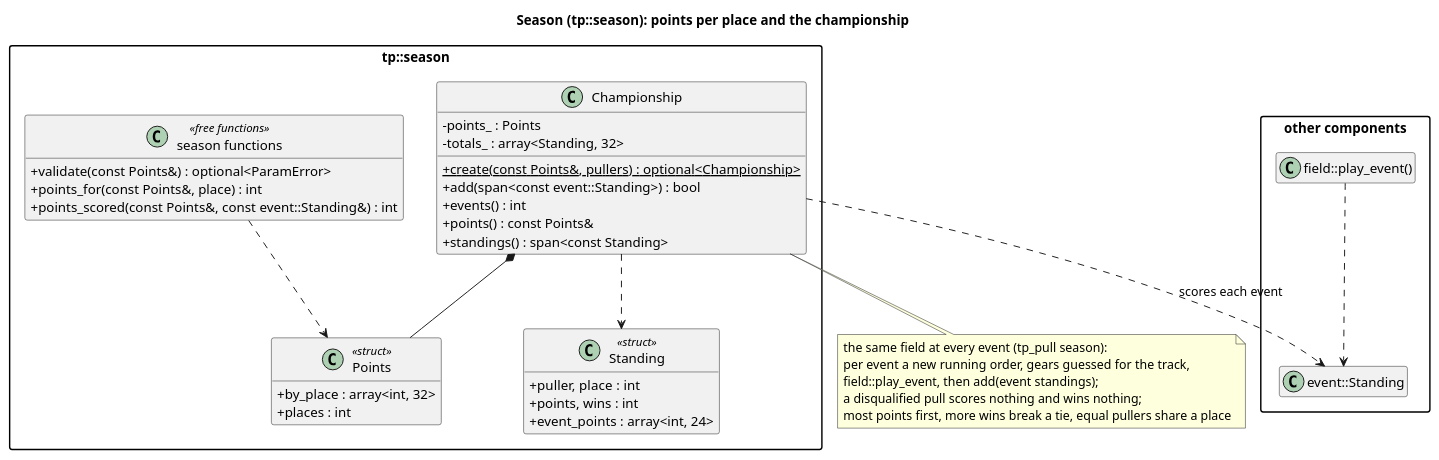
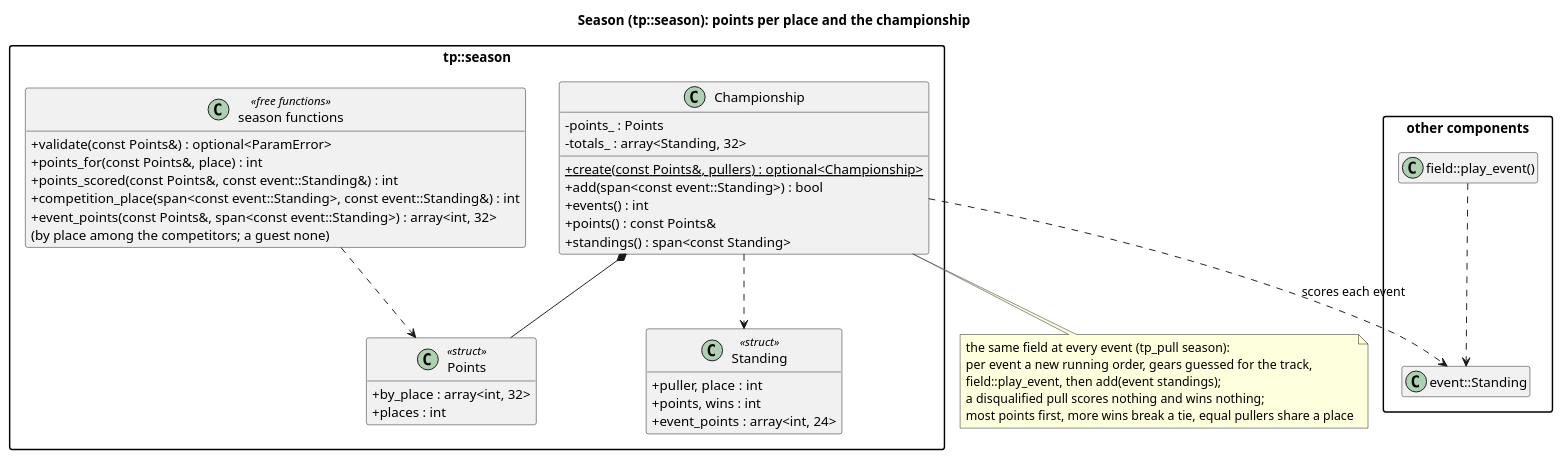
One commit to wversteeg/TractorPulling changed the diagram in docs/diagrams/season_classes.puml. Above: the diagram before and after it, drawn with PlantUML. The commit also changed 47 other files, not shown here.

```diff
--- a/docs/diagrams/season_classes.puml
+++ b/docs/diagrams/season_classes.puml
@@ -1,49 +1,51 @@
 @startuml season_classes
 title Season (tp::season): points per place and the championship
 hide empty members
 skinparam packageStyle rectangle
 skinparam classAttributeIconSize 0
 
 package "other components" {
   class "event::Standing" as EventStanding
   class "field::play_event()" as Play
 }
 
 package "tp::season" {
   class Points <<struct>> {
     +by_place : array<int, 32>
     +places : int
   }
   class Standing <<struct>> {
     +puller, place : int
     +points, wins : int
     +event_points : array<int, 24>
   }
   class Championship {
     -points_ : Points
     -totals_ : array<Standing, 32>
     +{static} create(const Points&, pullers) : optional<Championship>
     +add(span<const event::Standing>) : bool
     +events() : int
     +points() : const Points&
     +standings() : span<const Standing>
   }
   class "season functions" as SeasonFns <<free functions>> {
     +validate(const Points&) : optional<ParamError>
     +points_for(const Points&, place) : int
     +points_scored(const Points&, const event::Standing&) : int
+    +competition_place(span<const event::Standing>, const event::Standing&) : int
+    +event_points(const Points&, span<const event::Standing>) : array<int, 32>\n(by place among the competitors; a guest none)
   }
   Championship *-- Points
   Championship ..> Standing
   SeasonFns ..> Points
 }
 Championship ..> EventStanding : scores each event
 note bottom of Championship
   the same field at every event (tp_pull season):
   per event a new running order, gears guessed for the track,
   field::play_event, then add(event standings);
   a disqualified pull scores nothing and wins nothing;
   most points first, more wins break a tie, equal pullers share a place
 end note
 Play ..> EventStanding
 @enduml
```
